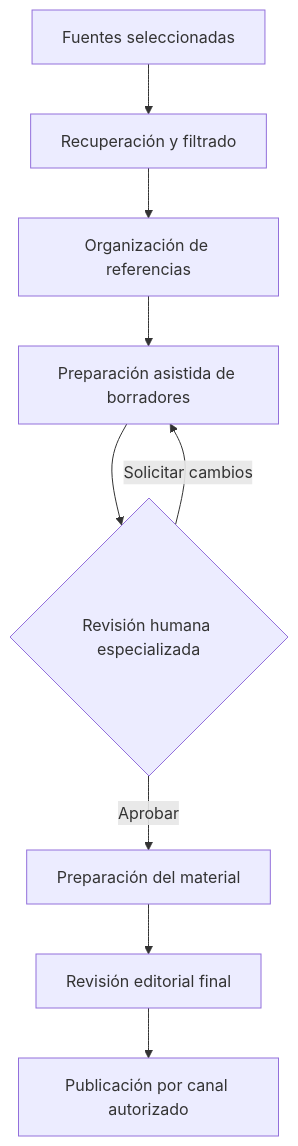
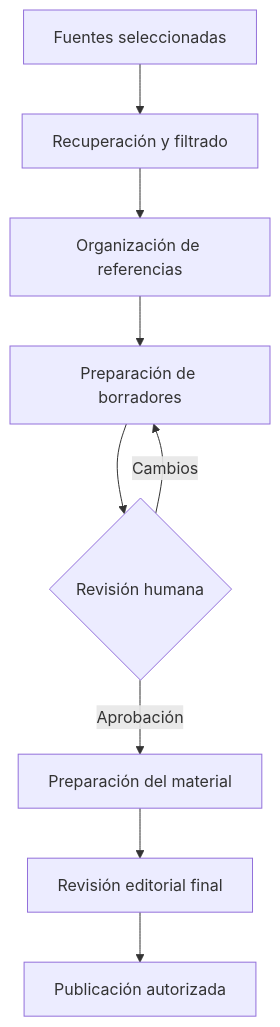
Before and after one commit to isaiassolis/healthcare-content-automation: the diagram in README.md, drawn with Mermaid. The commit also changed other lines of this file, not shown here.

Commit message:
docs: present healthcare editorial automation pilot with clear tested scope

````diff
--- a/README.md
+++ b/README.md
@@ -41,11 +47,11 @@
 ```mermaid
 flowchart TD
-    A[Fuentes seleccionadas] --> B[Recuperación y filtrado]
-    B --> C[Organización de referencias]
-    C --> D[Preparación asistida de borradores]
-    D --> E{Revisión humana especializada}
-    E -->|Solicitar cambios| D
-    E -->|Aprobar| F[Preparación del material]
-    F --> G[Revisión editorial final]
-    G --> H[Publicación por canal autorizado]
+  A[Fuentes seleccionadas] --> B[Recuperación y filtrado]
+  B --> C[Organización de referencias]
+  C --> D[Preparación de borradores]
+  D --> E{Revisión humana}
+  E -->|Cambios| D
+  E -->|Aprobación| F[Preparación del material]
+  F --> G[Revisión editorial final]
+  G --> H[Publicación autorizada]
 ```
````
